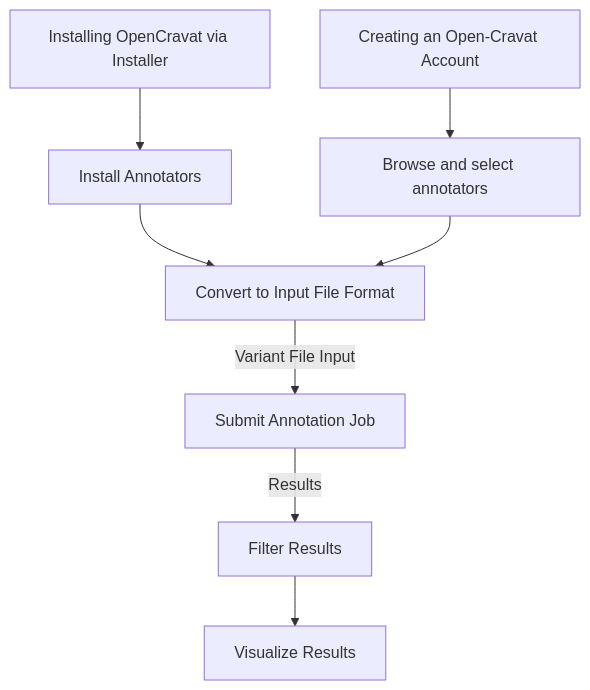
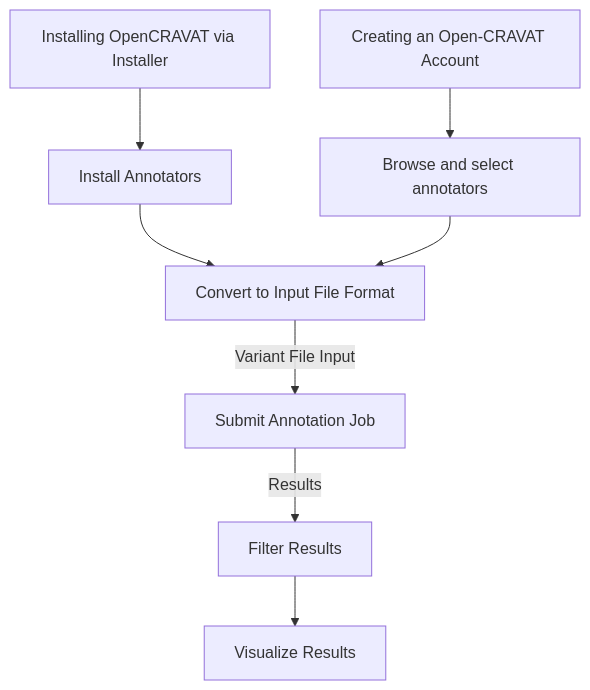
The diagram in getting_started_web.qmd (KarchinLab/oc_vignettes), drawn with Mermaid before and after one commit. The commit also changed other lines of this file and 2 other files, not shown here.

````diff
--- a/getting_started_web.qmd
+++ b/getting_started_web.qmd
@@ -44,17 +44,17 @@
 ```{mermaid}
 flowchart TD
-    L[Creating an Open-Cravat Account] --> A
-    click L "#creating-an-open-cravat-account-web"
-    M[Installing OpenCravat via Installer] --> N
+    L[Creating an Open-CRAVAT Account] --> A
+    click L "#creating-an-opencravat-account-web"
+    M[Installing OpenCRAVAT via Installer] --> N
     N["Install Annotators"] --> B
-    click M "#installing-open-cravat-via-installer-local"
+    click M "#installing-opencravat-via-installer-local"
     click N "#install-annotators-local"
     A[Browse and select annotators] --> B[Convert to Input File Format]
     click A "#browse-annotators-web"
     click B "#convert-to-input-file-format"
     B -->|Variant File Input| C[Submit Annotation Job]
     click C "#submit-annotation-job"
     C -->|Results|D["Filter Results"] --> E[Visualize Results]
     click D "#filter-results"
     click E "#visualize-results"
 ```
````
